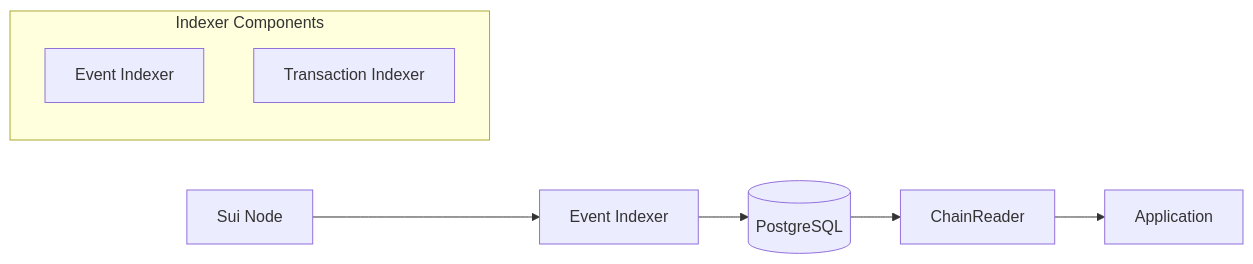
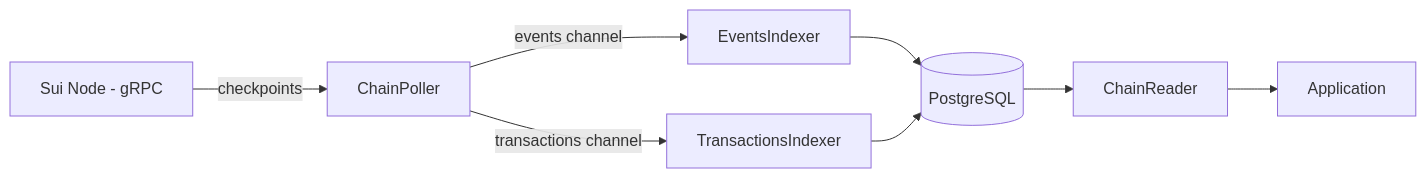
One commit to smartcontractkit/chainlink-sui changed the second of 8 diagrams in documentation/architecture/overview.md. Above: the diagram before and after it, drawn with Mermaid. The commit also changed other lines of this file and 7 other files, not shown here.

````diff
--- a/documentation/architecture/overview.md
+++ b/documentation/architecture/overview.md
@@ -106,12 +115,10 @@
 ```mermaid
 graph LR
-    SuiNode[Sui Node] --> Indexer[Event Indexer]
-    Indexer --> DB[(PostgreSQL)]
+    SuiNode[Sui Node - gRPC] -->|checkpoints| CP[ChainPoller]
+    CP -->|events channel| EI[EventsIndexer]
+    CP -->|transactions channel| TI[TransactionsIndexer]
+    EI --> DB[(PostgreSQL)]
+    TI --> DB
     DB --> ChainReader[ChainReader]
     ChainReader --> App[Application]
-    
-    subgraph "Indexer Components"
-        EventIndexer[Event Indexer]
-        TxIndexer[Transaction Indexer]
-    end
 ```
````
